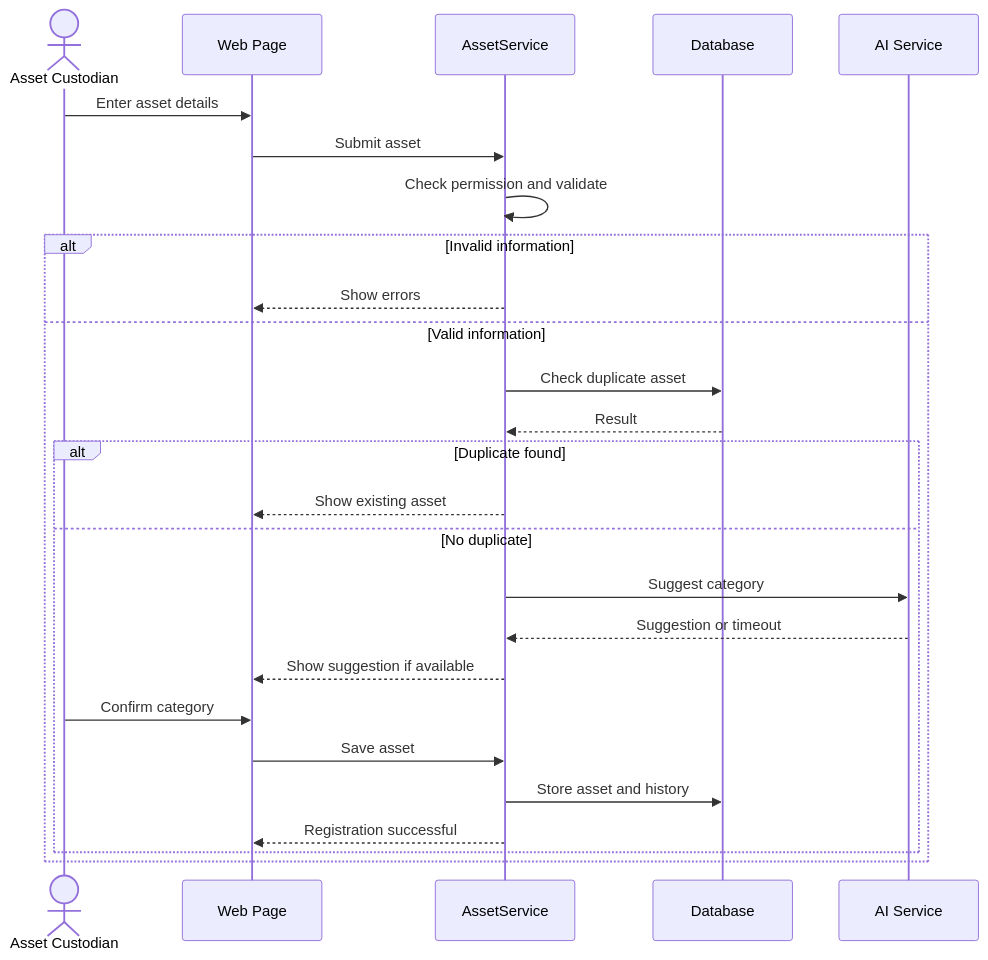
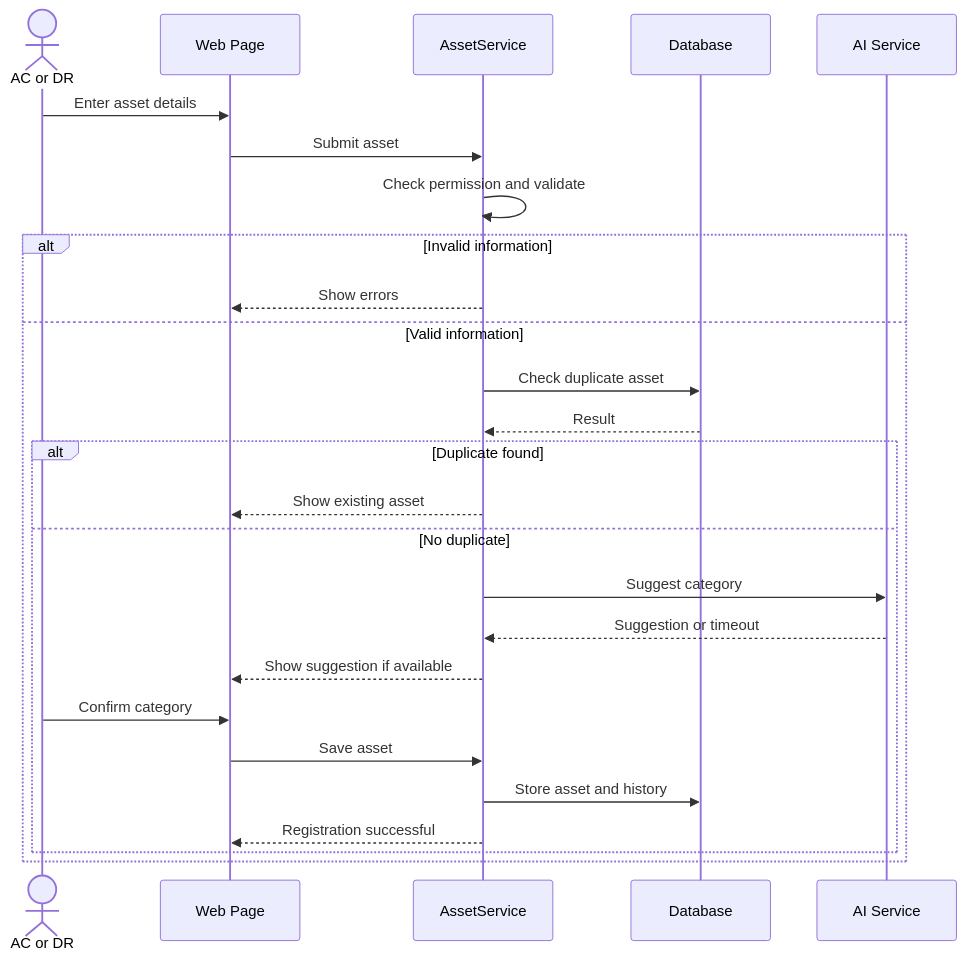
Before and after one commit to Abdulla66541/COSC336-GROUP5: the third of 10 diagrams in phase 4-5/01_part1_assets_marketplace_requests.md, drawn with Mermaid. The commit also changed other lines of this file, not shown here.

````diff
--- a/phase 4-5/01_part1_assets_marketplace_requests.md
+++ b/phase 4-5/01_part1_assets_marketplace_requests.md
@@ -176,30 +174,31 @@
 ```mermaid
 sequenceDiagram
-    actor AC as Asset Custodian
+    actor U as AC or DR
     participant UI as Web Page
     participant S as AssetService
     participant DB as Database
     participant AI as AI Service
 
-    AC->>UI: Enter asset details
+    U->>UI: Enter asset details
     UI->>S: Submit asset
     S->>S: Check permission and validate
 
     alt Invalid information
         S-->>UI: Show errors
     else Valid information
         S->>DB: Check duplicate asset
         DB-->>S: Result
+
         alt Duplicate found
             S-->>UI: Show existing asset
         else No duplicate
             S->>AI: Suggest category
             AI-->>S: Suggestion or timeout
             S-->>UI: Show suggestion if available
-            AC->>UI: Confirm category
+            U->>UI: Confirm category
             UI->>S: Save asset
             S->>DB: Store asset and history
             S-->>UI: Registration successful
         end
     end
 ```
````
